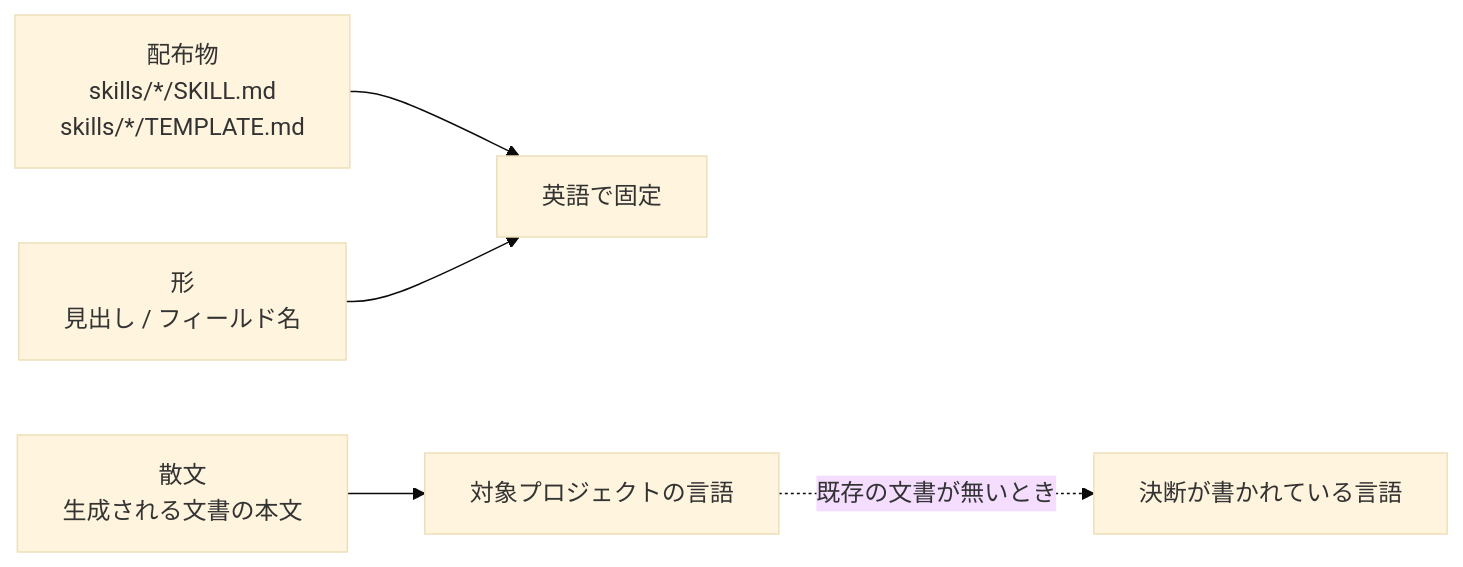
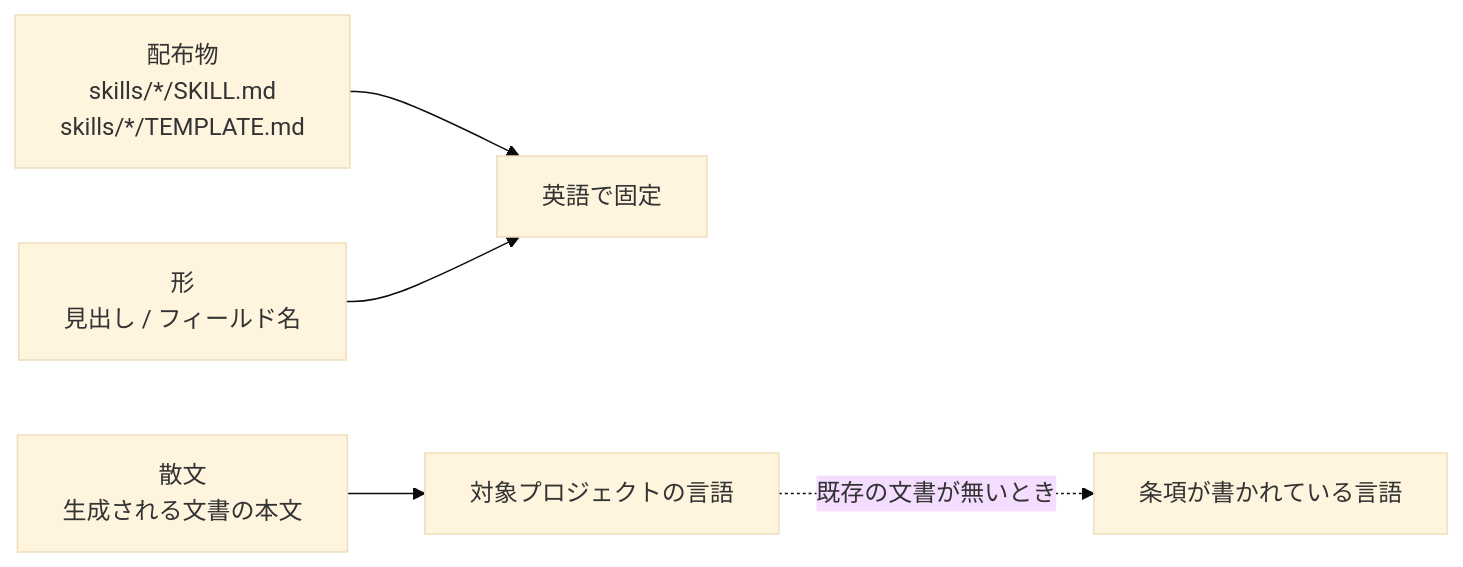
The diagram in docs/archivist/L3_structures/language-split.md (gameundwatch/archivist), drawn with Mermaid (base theme) before and after one commit. The commit also changed other lines of this file and 71 other files, not shown here.

````diff
--- a/docs/archivist/L3_structures/language-split.md
+++ b/docs/archivist/L3_structures/language-split.md
@@ -7,7 +7,7 @@
 ```mermaid
 flowchart LR
     A["配布物<br/>skills/*/SKILL.md<br/>skills/*/TEMPLATE.md"] --> E["英語で固定"]
     B["形<br/>見出し / フィールド名"] --> E
     C["散文<br/>生成される文書の本文"] --> P["対象プロジェクトの言語"]
-    P -.既存の文書が無いとき.-> Q["決断が書かれている言語"]
+    P -.既存の文書が無いとき.-> Q["条項が書かれている言語"]
 ```
````
